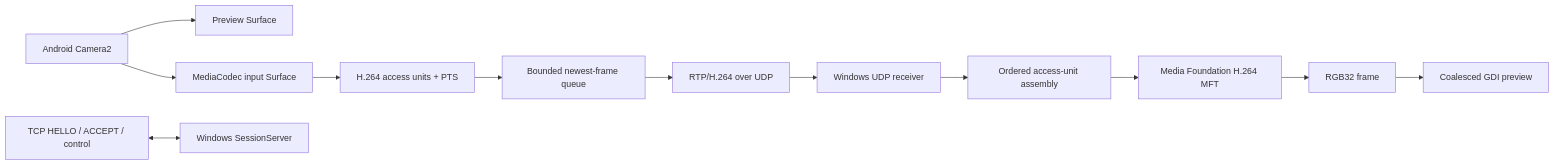
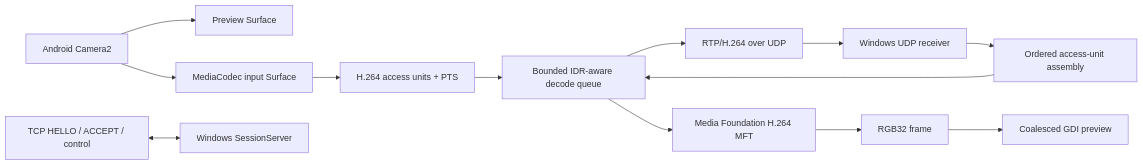
Before and after one commit to sangimed/droidcam-re: the diagram in docs/research/droidcam/clone-implementation-status.md, drawn with Mermaid. The commit also changed other lines of this file and 42 other files, not shown here.

````diff
--- a/docs/research/droidcam/clone-implementation-status.md
+++ b/docs/research/droidcam/clone-implementation-status.md
@@ -9,14 +9,15 @@
 ```mermaid
 flowchart LR
   C[Android Camera2] --> P[Preview Surface]
   C --> E[MediaCodec input Surface]
   E --> H[H.264 access units + PTS]
   H --> Q[Bounded newest-frame queue]
   Q --> R[RTP/H.264 over UDP]
   T[TCP HELLO / ACCEPT / control] <--> W[Windows SessionServer]
   R --> U[Windows UDP receiver]
   U --> A[Ordered access-unit assembly]
-  A --> M[Media Foundation H.264 MFT]
+  A --> Q[Bounded IDR-aware decode queue]
+  Q --> M[Media Foundation H.264 MFT]
   M --> B[RGB32 frame]
   B --> G[Coalesced GDI preview]
 ```
````
